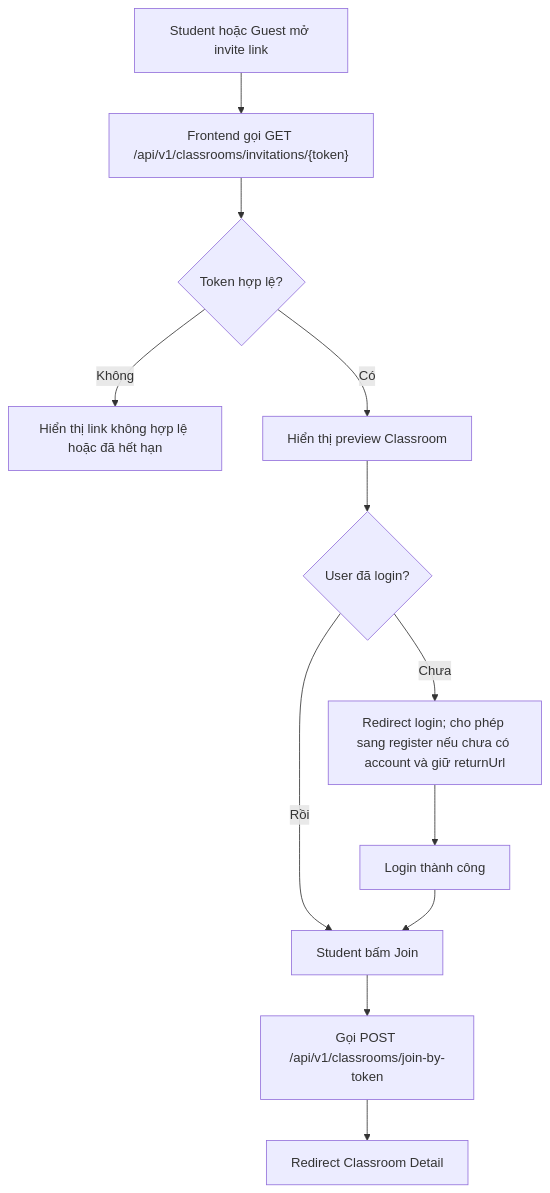
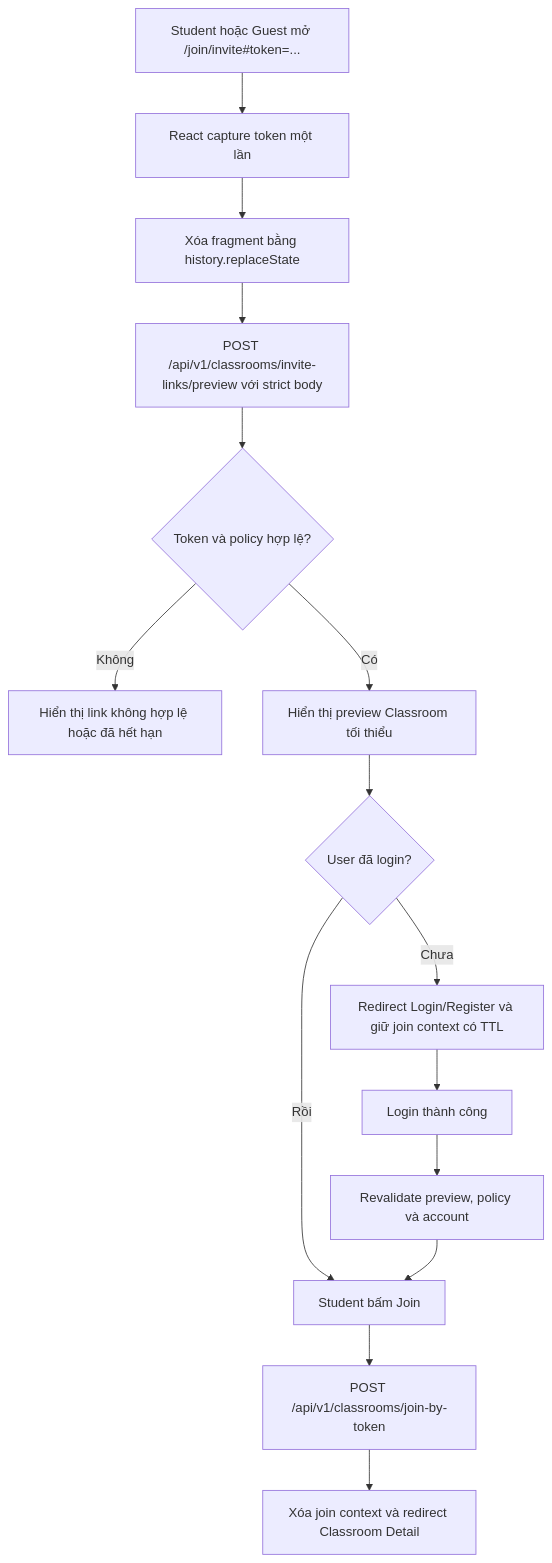
One commit to toanteng11/Microlearning-RestFullAPI-FullStack-App changed the fifth of 11 diagrams in business-analysis/12-ui-ux-requirements/user-flow-map.md. Above: the diagram before and after it, drawn with Mermaid. The commit also changed other lines of this file and 92 other files, not shown here.

````diff
--- a/business-analysis/12-ui-ux-requirements/user-flow-map.md
+++ b/business-analysis/12-ui-ux-requirements/user-flow-map.md
@@ -104,14 +104,17 @@
 ```mermaid
 flowchart TD
-    A["Student hoặc Guest mở invite link"] --> B["Frontend gọi GET /api/v1/classrooms/invitations/{token}"]
-    B --> C{"Token hợp lệ?"}
-    C -->|Không| D["Hiển thị link không hợp lệ hoặc đã hết hạn"]
-    C -->|Có| E["Hiển thị preview Classroom"]
-    E --> F{"User đã login?"}
-    F -->|Chưa| G["Redirect login; cho phép sang register nếu chưa có account và giữ returnUrl"]
-    F -->|Rồi| H["Student bấm Join"]
-    G --> I["Login thành công"]
-    I --> H
-    H --> J["Gọi POST /api/v1/classrooms/join-by-token"]
-    J --> K["Redirect Classroom Detail"]
+    A["Student hoặc Guest mở /join/invite#token=..."] --> B["React capture token một lần"]
+    B --> C["Xóa fragment bằng history.replaceState"]
+    C --> D["POST /api/v1/classrooms/invite-links/preview với strict body"]
+    D --> E{"Token và policy hợp lệ?"}
+    E -->|Không| F["Hiển thị link không hợp lệ hoặc đã hết hạn"]
+    E -->|Có| G["Hiển thị preview Classroom tối thiểu"]
+    G --> H{"User đã login?"}
+    H -->|Chưa| I["Redirect Login/Register và giữ join context có TTL"]
+    H -->|Rồi| J["Student bấm Join"]
+    I --> K["Login thành công"]
+    K --> L["Revalidate preview, policy và account"]
+    L --> J
+    J --> M["POST /api/v1/classrooms/join-by-token"]
+    M --> N["Xóa join context và redirect Classroom Detail"]
 ```
````
